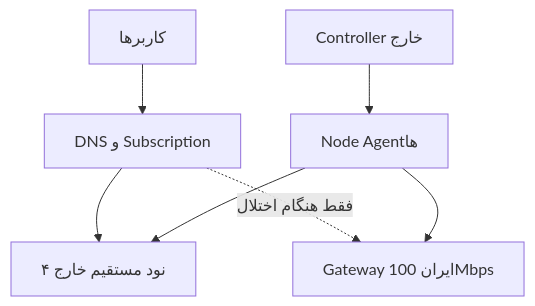
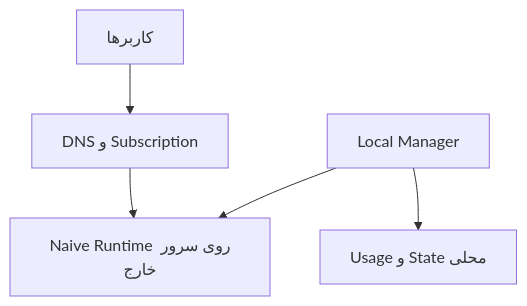
Before and after one commit to DashSaman/PV-NativePanel: the diagram in docs/ARCHITECTURE_FA.md, drawn with Mermaid. The commit also changed other lines of this file, not shown here.

Commit message:
Make standalone architecture the first milestone

````diff
--- a/docs/ARCHITECTURE_FA.md
+++ b/docs/ARCHITECTURE_FA.md
@@ -5,9 +5,7 @@
 ```mermaid
 flowchart TB
-  U["کاربرها"] --> D["DNS و Subscription"]
-  D --> N["۴ نود مستقیم خارج"]
-  D -. "فقط هنگام اختلال" .-> IR["Gateway ایران 100Mbps"]
-  C["Controller خارج"] --> A["Node Agentها"]
-  A --> N
-  A --> IR
+  U["کاربرها"] --> S["DNS و Subscription"]
+  S --> R["Naive Runtime روی سرور خارج"]
+  L["Local Manager"] --> R
+  L --> DB["Usage و State محلی"]
 ```
````
